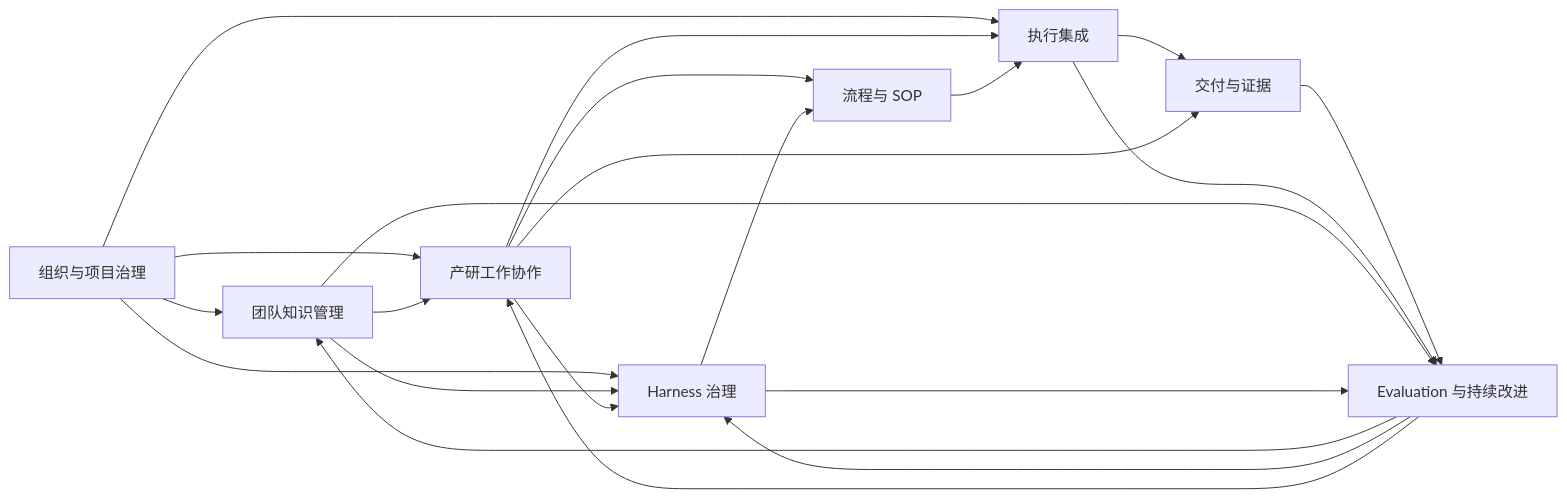
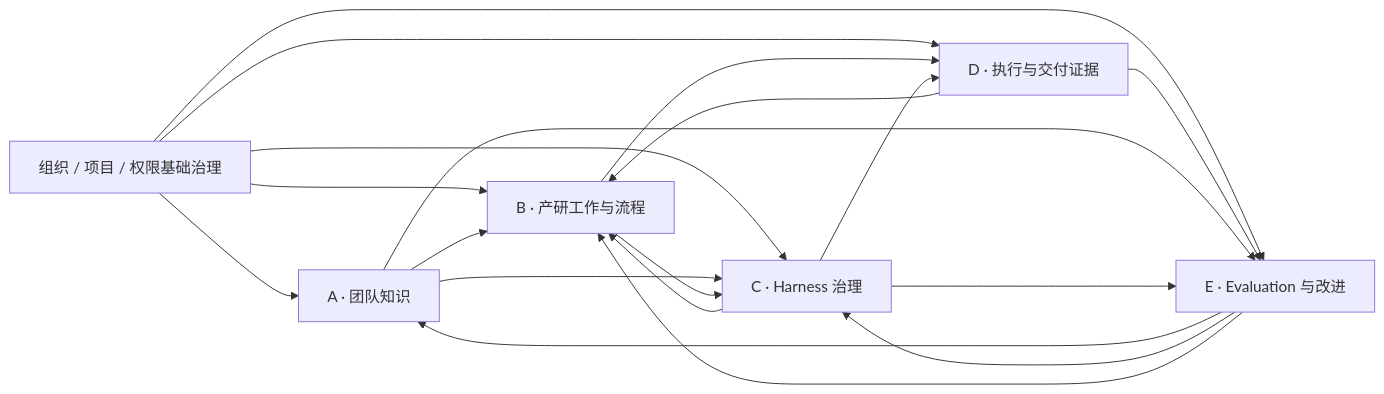
Before and after one commit to ScWen7/Issues: the second of 2 diagrams in docs/architecture/system-architecture.md, drawn with Mermaid. The commit also changed other lines of this file, not shown here.

Commit message:
docs: consolidate architecture into five business capability domains

```diff
--- a/docs/architecture/system-architecture.md
+++ b/docs/architecture/system-architecture.md
@@ -274,32 +253,27 @@
 ~~~mermaid
 flowchart LR
-  Org["组织与项目治理"]
-  Knowledge["团队知识管理"]
-  Work["产研工作协作"]
-  Harness["Harness 治理"]
-  Flow["流程与 SOP"]
-  Exec["执行集成"]
-  Evidence["交付与证据"]
-  Evolution["Evaluation 与持续改进"]
-
-  Org --> Knowledge
-  Org --> Work
-  Org --> Harness
-  Org --> Exec
+  Foundation["组织 / 项目 / 权限基础治理"]
+  Knowledge["A · 团队知识"]
+  Work["B · 产研工作与流程"]
+  Harness["C · Harness 治理"]
+  Delivery["D · 执行与交付证据"]
+  Evolution["E · Evaluation 与改进"]
+  Foundation --> Knowledge
+  Foundation --> Work
+  Foundation --> Harness
+  Foundation --> Delivery
+  Foundation --> Evolution
   Knowledge --> Work
   Knowledge --> Harness
   Work --> Harness
-  Work --> Flow
-  Harness --> Flow
-  Work --> Exec
-  Flow --> Exec
-  Exec --> Evidence
-  Work --> Evidence
-  Evidence --> Evolution
-  Exec --> Evolution
+  Harness --> Work
+  Work --> Delivery
+  Harness --> Delivery
+  Delivery --> Work
+  Delivery --> Evolution
   Knowledge --> Evolution
   Harness --> Evolution
   Evolution --> Knowledge
   Evolution --> Harness
   Evolution --> Work
 ~~~
```
